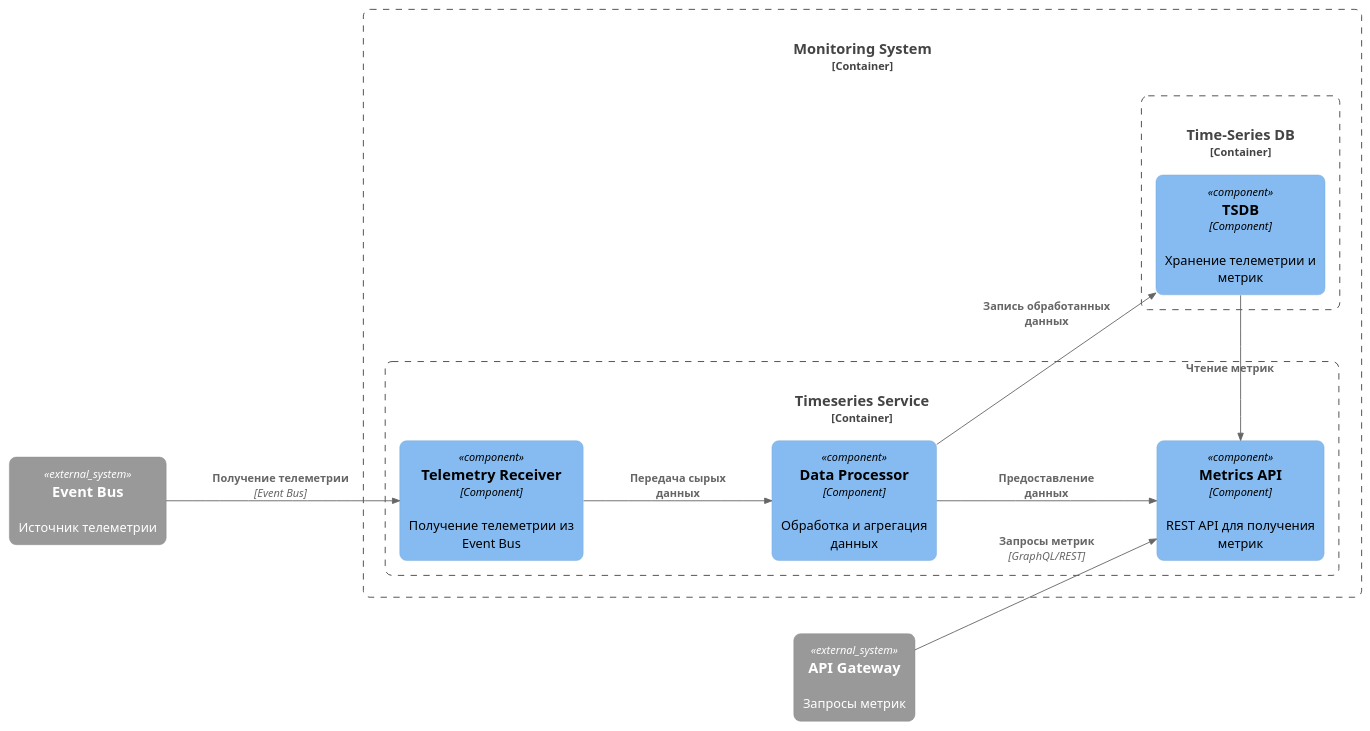
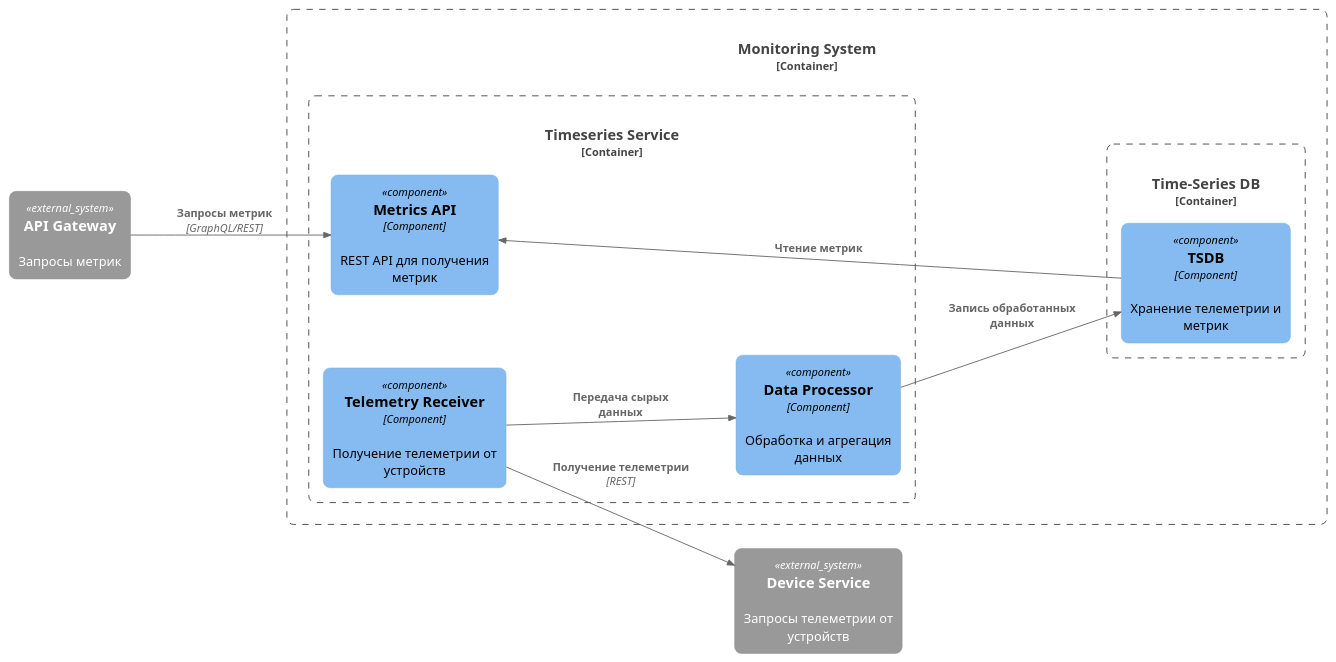
The diagram in diagrams/component/Monitoring_System_Components.puml (ai-rogachev/architecture-warmhouse), drawn with PlantUML before and after one commit. The commit also changed 3 other files, not shown here.

Commit message:
remove event_bus

```diff
--- a/diagrams/component/Monitoring_System_Components.puml
+++ b/diagrams/component/Monitoring_System_Components.puml
@@ -1,49 +1,48 @@
 @startuml Monitoring_System_Components
 
 !includeurl https://raw.githubusercontent.com/plantuml-stdlib/C4-PlantUML/master/C4_Component.puml
 
 ' Layout improvements for better readability
 left to right direction
 skinparam componentStyle rectangle
 skinparam roundcorner 15
 skinparam nodesep 80
 skinparam ranksep 100
 skinparam linetype polyline
 
 ' Component diagram shows internal components of containers from WarmHome_Containers.puml
 Container_Boundary(monitoring_container, "Monitoring System", "Container", "Система мониторинга и сбора метрик") {
 
     ' Internal Components of "Timeseries Service" container
     Container_Boundary(timeseries_container, "Timeseries Service", "Service", "Сбор телеметрии и метрик") {
-        Component(telemetry_receiver, "Telemetry Receiver", "Component", "Получение телеметрии из Event Bus")
+        Component(telemetry_receiver, "Telemetry Receiver", "Component", "Получение телеметрии от устройств")
         Component(data_processor, "Data Processor", "Component", "Обработка и агрегация данных")
         Component(metrics_api, "Metrics API", "Component", "REST API для получения метрик")
     }
     
     ' Internal Components of "Time-Series DB" container  
     Container_Boundary(tsdb_container, "Time-Series DB", "TSDB (e.g. InfluxDB)", "Хранение телеметрии и метрик") {
         Component(tsdb, "TSDB", "Component", "Хранение телеметрии и метрик")
     }
 }
 
 ' External dependencies - based on actual relationships in WarmHome_Containers.puml
-System_Ext(event_bus, "Event Bus", "Источник телеметрии")
+System_Ext(device_service, "Device Service", "Запросы телеметрии от устройств")
 System_Ext(api_gateway, "API Gateway", "Запросы метрик")
 
 ' =================== Data Flow ===================
 ' Internal relationships within Timeseries Service
 Rel(telemetry_receiver, data_processor, "Передача сырых данных")
-Rel(data_processor, metrics_api, "Предоставление данных")
 
 ' Data storage flow
 Rel(data_processor, tsdb, "Запись обработанных данных")
 Rel(tsdb, metrics_api, "Чтение метрик")
 
 ' =================== External Connections ===================
-' Event Bus connection
-Rel(event_bus, telemetry_receiver, "Получение телеметрии", "Event Bus")
+' Device Service connection for telemetry
+Rel(telemetry_receiver, device_service, "Получение телеметрии", "REST")
 
 ' API Gateway connection
 Rel(api_gateway, metrics_api, "Запросы метрик", "GraphQL/REST")
 
 @enduml
```
